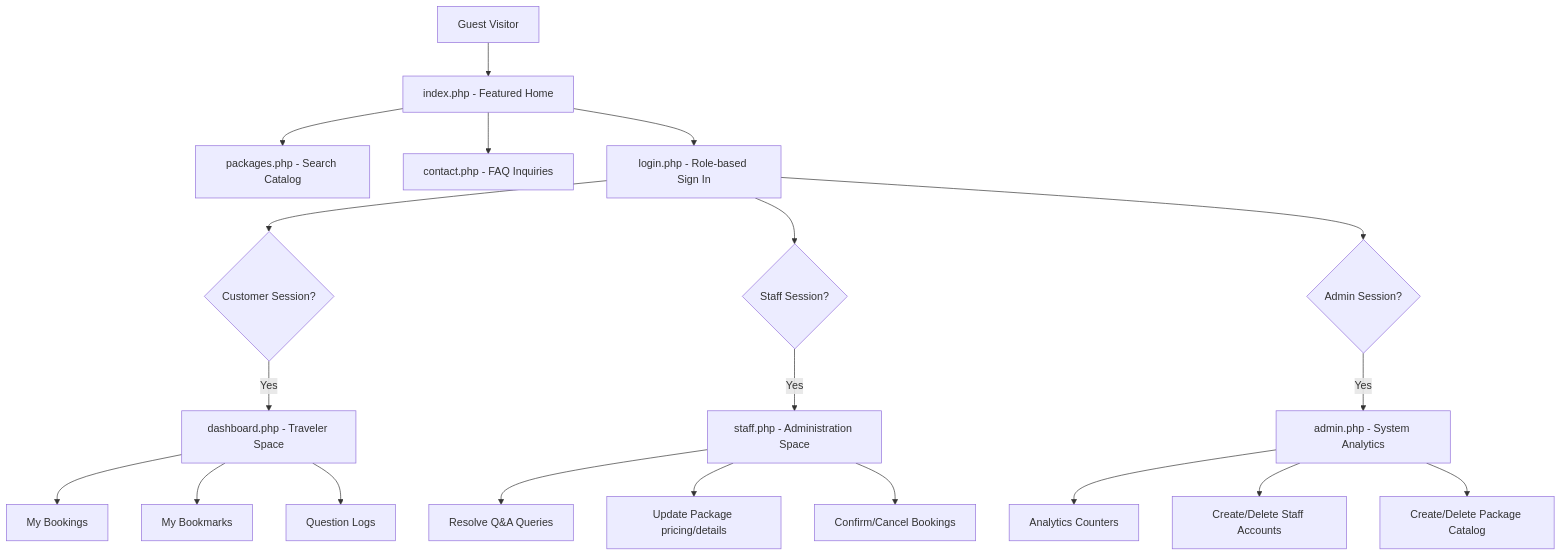
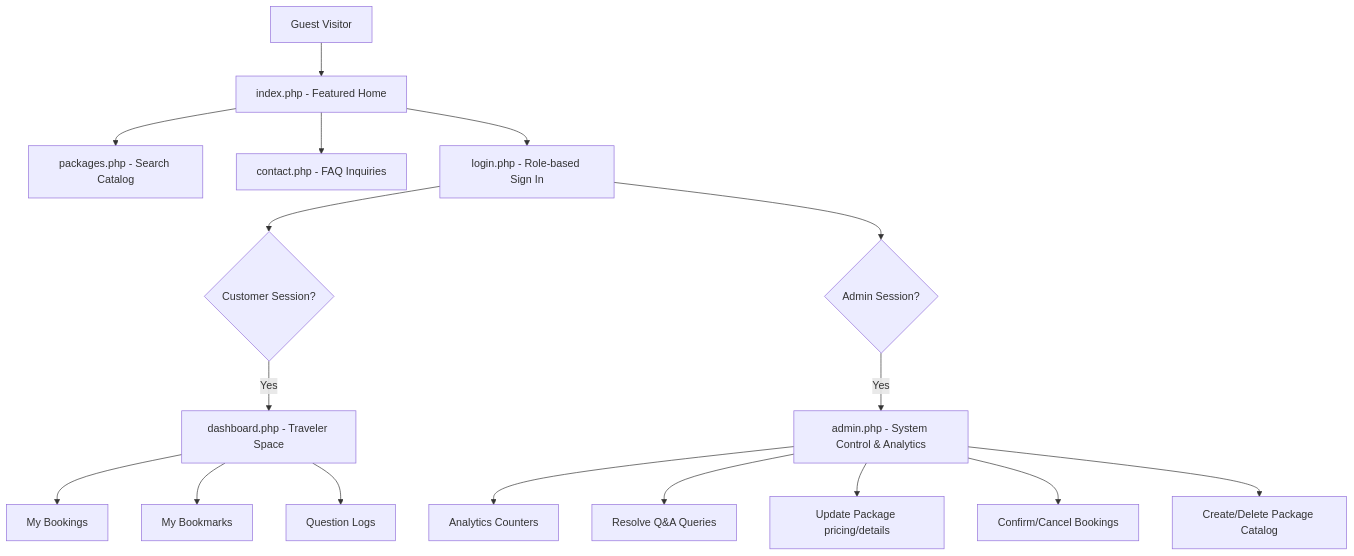
One commit to Fathima-Asna/ICBT-WEB-Development changed the first of 5 diagrams in README.md. Above: the diagram before and after it, drawn with Mermaid. The commit also changed other lines of this file and 15 other files, not shown here.

Commit message:
Clean remove of staff role and consolidation of administrative actions to admin panel

````diff
--- a/README.md
+++ b/README.md
@@ -11,30 +11,26 @@
 ```mermaid
 graph TD
     %% Main pages
     Guest[Guest Visitor] --> Home[index.php - Featured Home]
     Home --> Packages[packages.php - Search Catalog]
     Home --> Contact[contact.php - FAQ Inquiries]
     Home --> Login[login.php - Role-based Sign In]
 
     %% User Roles routing
     Login --> AuthCustomer{Customer Session?}
-    Login --> AuthStaff{Staff Session?}
     Login --> AuthAdmin{Admin Session?}
 
     AuthCustomer -- Yes --> Dashboard[dashboard.php - Traveler Space]
-    AuthStaff -- Yes --> StaffSpace[staff.php - Administration Space]
-    AuthAdmin -- Yes --> AdminSpace[admin.php - System Analytics]
+    AuthAdmin -- Yes --> AdminSpace[admin.php - System Control & Analytics]
 
     %% Dashboards actions
     Dashboard --> Bookings[My Bookings]
     Dashboard --> Bookmarks[My Bookmarks]
     Dashboard --> MyQuestions[Question Logs]
 
-    StaffSpace --> ReplyQueries[Resolve Q&A Queries]
-    StaffSpace --> EditPackages[Update Package pricing/details]
-    StaffSpace --> BookingStatus[Confirm/Cancel Bookings]
-
     AdminSpace --> StatWidgets[Analytics Counters]
-    AdminSpace --> StaffManage[Create/Delete Staff Accounts]
+    AdminSpace --> ReplyQueries[Resolve Q&A Queries]
+    AdminSpace --> EditPackages[Update Package pricing/details]
+    AdminSpace --> BookingStatus[Confirm/Cancel Bookings]
     AdminSpace --> PackageManage[Create/Delete Package Catalog]
 ```
````
